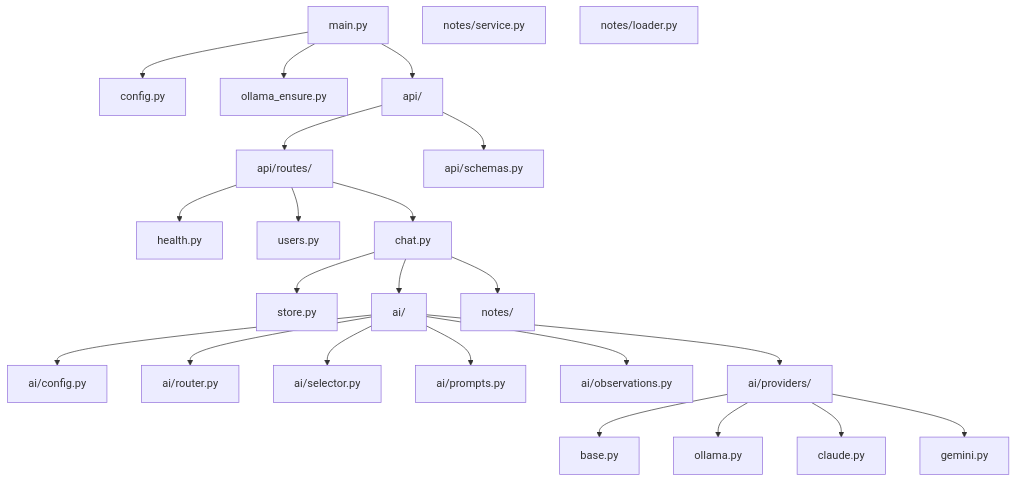
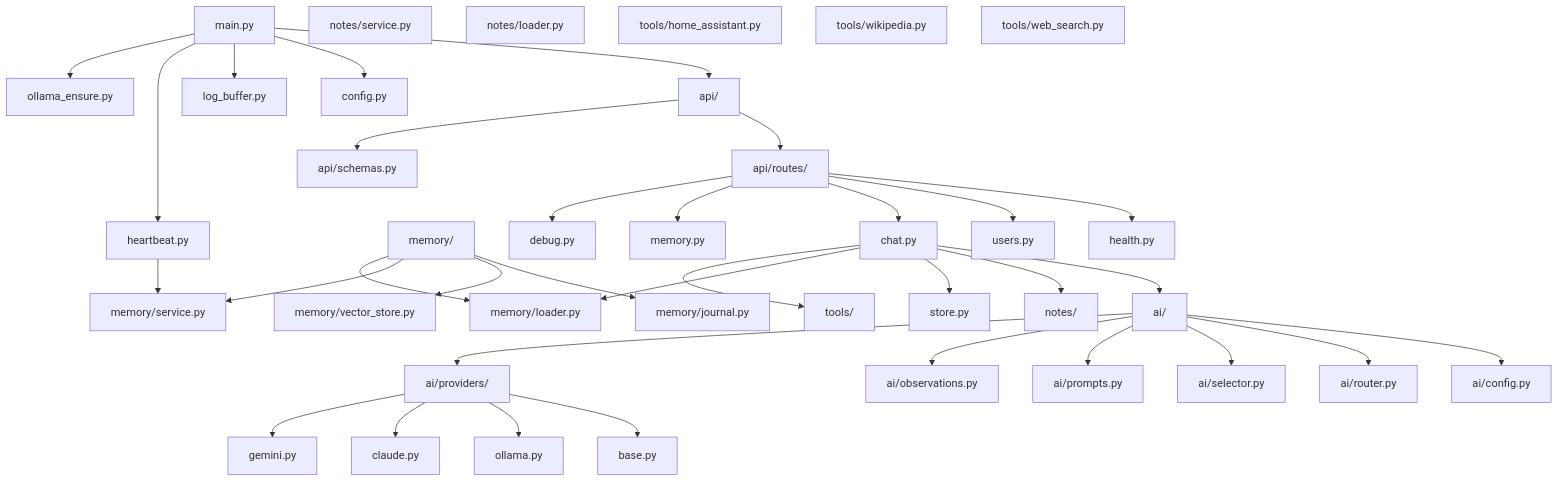
The diagram in docs/DEVELOPMENT.md (StevenGann/Gregory), drawn with Mermaid before and after one commit. The commit also changed other lines of this file and 16 other files, not shown here.

````diff
--- a/docs/DEVELOPMENT.md
+++ b/docs/DEVELOPMENT.md
@@ -41,50 +41,75 @@
 ```mermaid
 flowchart TD
     main[main.py]
     config[config.py]
     store[store.py]
+    log_buffer[log_buffer.py]
+    heartbeat[heartbeat.py]
     ollama_ensure[ollama_ensure.py]
 
     api[api/]
     api_routes[api/routes/]
     api_schemas[api/schemas.py]
 
     ai[ai/]
     ai_config[ai/config.py]
     ai_router[ai/router.py]
     ai_selector[ai/selector.py]
     ai_prompts[ai/prompts.py]
     ai_observations[ai/observations.py]
     ai_providers[ai/providers/]
 
     notes[notes/]
     notes_service[notes/service.py]
     notes_loader[notes/loader.py]
 
+    memory[memory/]
+    memory_journal[memory/journal.py]
+    memory_vector[memory/vector_store.py]
+    memory_service[memory/service.py]
+    memory_loader[memory/loader.py]
+
+    tools[tools/]
+    tools_ha[tools/home_assistant.py]
+    tools_wiki[tools/wikipedia.py]
+    tools_web[tools/web_search.py]
+
     main --> api
     main --> config
+    main --> log_buffer
+    main --> heartbeat
     main --> ollama_ensure
 
     api --> api_routes
     api --> api_schemas
 
     api_routes --> health[health.py]
     api_routes --> users[users.py]
     api_routes --> chat[chat.py]
+    api_routes --> memory_route[memory.py]
+    api_routes --> debug[debug.py]
 
     chat --> ai
     chat --> notes
     chat --> store
+    chat --> memory_loader
+    chat --> tools
 
     ai --> ai_config
     ai --> ai_router
     ai --> ai_selector
     ai --> ai_prompts
     ai --> ai_observations
     ai --> ai_providers
 
     ai_providers --> base[base.py]
     ai_providers --> ollama[ollama.py]
     ai_providers --> claude[claude.py]
     ai_providers --> gemini[gemini.py]
+
+    memory --> memory_journal
+    memory --> memory_vector
+    memory --> memory_service
+    memory --> memory_loader
+    heartbeat --> memory_service
 ```
````
